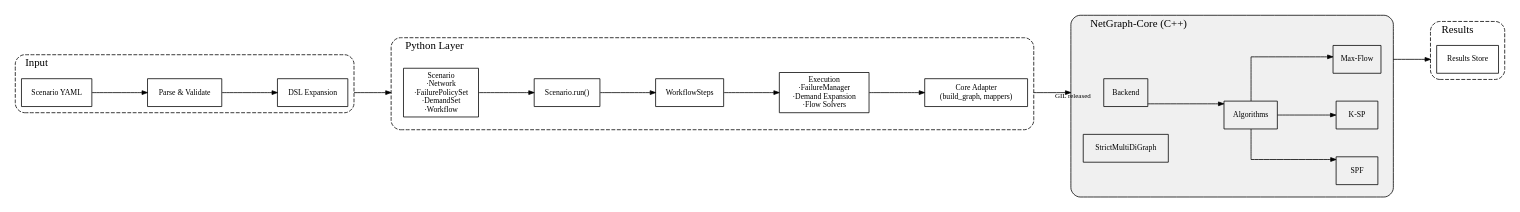
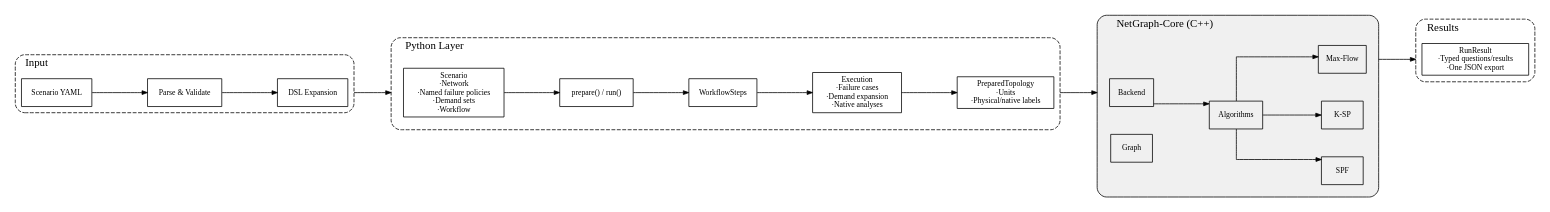
Before and after one commit to networmix/NetGraph: the diagram in docs/assets/diagrams/system_pipeline.dot, drawn with Graphviz. The commit also changed 311 other files, not shown here.

```diff
--- a/docs/assets/diagrams/system_pipeline.dot
+++ b/docs/assets/diagrams/system_pipeline.dot
@@ -1,76 +1,76 @@
 digraph SystemPipeline {
   rankdir=LR;
   graph [compound=true, splines=ortho, ranksep="1.0", nodesep="0.5"];
   node  [shape=box, fontsize=10, margin="0.08,0.05"];
   edge  [fontsize=9, arrowsize=0.7];
 
   // Input Layer
   subgraph cluster_input {
     label="Input"; labeljust="l"; style="rounded,dashed";
     yaml  [label="Scenario YAML"];
     parse [label="Parse & Validate"];
     expand [label="DSL Expansion"];
     yaml -> parse -> expand;
   }
 
   // Python Layer - Model
   subgraph cluster_python {
     label="Python Layer"; labeljust="l"; style="rounded,dashed";
 
     subgraph cluster_model {
       label=""; style=invis;
-      scenario [label="Scenario\n·Network\n·FailurePolicySet\n·DemandSet\n·Workflow", shape=box];
+      scenario [label="Scenario\n·Network\n·Named failure policies\n·Demand sets\n·Workflow", shape=box];
     }
 
     subgraph cluster_exec {
       label=""; style=invis;
-      engine [label="Scenario.run()"];
+      engine [label="prepare() / run()"];
       steps [label="WorkflowSteps"];
-      exec [label="Execution\n·FailureManager\n·Demand Expansion\n·Flow Solvers"];
+      exec [label="Execution\n·Failure cases\n·Demand expansion\n·Native analyses"];
       engine -> steps -> exec;
     }
 
-    adapter [label="Core Adapter\n(build_graph, mappers)"];
+    adapter [label="PreparedTopology\n·Units\n·Physical/native labels"];
 
     scenario -> engine;
     exec -> adapter;
   }
 
   // C++ Core Layer
   subgraph cluster_core {
     label="NetGraph-Core (C++)"; labeljust="l"; style="rounded,filled"; fillcolor="#f0f0f0";
 
     subgraph cluster_graph {
       label=""; style=invis;
       core_backend [label="Backend"];
-      core_graph [label="StrictMultiDiGraph"];
+      core_graph [label="Graph"];
       { rank=same; core_backend; core_graph; }
     }
 
     subgraph cluster_algs {
       label=""; style=invis;
       core_algs [label="Algorithms"];
       core_spf [label="SPF"];
       core_ksp [label="K-SP"];
       core_maxf [label="Max-Flow"];
       core_algs -> core_spf;
       core_algs -> core_ksp;
       core_algs -> core_maxf;
       { rank=same; core_spf; core_ksp; core_maxf; }
     }
 
     core_backend -> core_algs;
     core_graph -> core_algs [style=invis];
   }
 
   // Results Layer
   subgraph cluster_results {
     label="Results"; labeljust="l"; style="rounded,dashed";
-    results [label="Results Store"];
+    results [label="RunResult\n·Typed questions/results\n·One JSON export"];
   }
 
   // Main flow
   expand -> scenario [lhead=cluster_python, ltail=cluster_input];
-  adapter -> core_backend [lhead=cluster_core, ltail=cluster_python, xlabel="GIL released"];
+  adapter -> core_backend [lhead=cluster_core, ltail=cluster_python];
   core_maxf -> results [ltail=cluster_core, lhead=cluster_results];
 }
```
